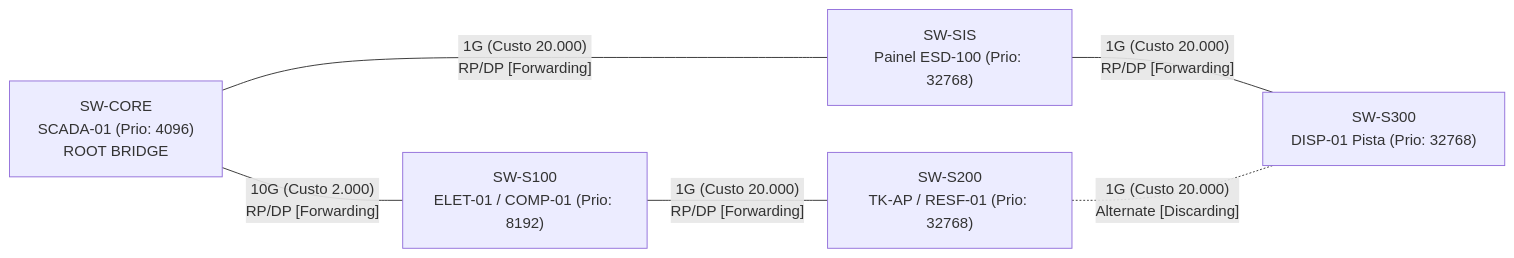
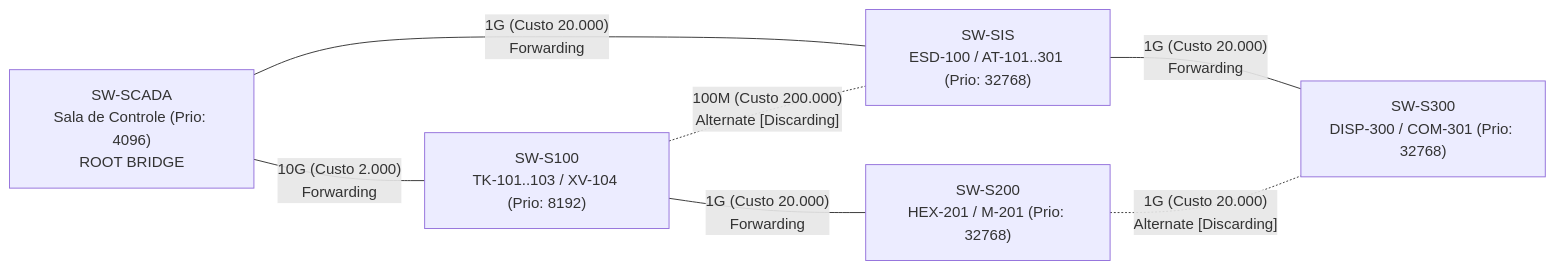
One commit to leovarconrenno/Estacao-de-Reabastecimento-de-Hidrogenio---SCADA-Core changed the diagram in etapa-03-arvores/Aula 23 - Protocolo de Árvore Geradora (STP - RSTP).md. Above: the diagram before and after it, drawn with Mermaid. The commit also changed other lines of this file and 19 other files, not shown here.

````diff
--- a/etapa-03-arvores/Aula 23 - Protocolo de Árvore Geradora (STP - RSTP).md
+++ b/etapa-03-arvores/Aula 23 - Protocolo de Árvore Geradora (STP - RSTP).md
@@ -68,14 +41,15 @@
 ```mermaid
 graph LR
-    CORE["SW-CORE<br/>SCADA-01 (Prio: 4096)<br/>ROOT BRIDGE"]
-    S100["SW-S100<br/>ELET-01 / COMP-01 (Prio: 8192)"]
-    S200["SW-S200<br/>TK-AP / RESF-01 (Prio: 32768)"]
-    S300["SW-S300<br/>DISP-01 Pista (Prio: 32768)"]
-    SIS["SW-SIS<br/>Painel ESD-100 (Prio: 32768)"]
+    CORE["SW-SCADA<br/>Sala de Controle (Prio: 4096)<br/>ROOT BRIDGE"]
+    S100["SW-S100<br/>TK-101..103 / XV-104 (Prio: 8192)"]
+    S200["SW-S200<br/>HEX-201 / M-201 (Prio: 32768)"]
+    S300["SW-S300<br/>DISP-300 / COM-301 (Prio: 32768)"]
+    SIS["SW-SIS<br/>ESD-100 / AT-101..301 (Prio: 32768)"]
 
-    CORE -- "10G (Custo 2.000)<br/>RP/DP [Forwarding]" --- S100
-    CORE -- "1G (Custo 20.000)<br/>RP/DP [Forwarding]" --- SIS
-    S100 -- "1G (Custo 20.000)<br/>RP/DP [Forwarding]" --- S200
-    SIS -- "1G (Custo 20.000)<br/>RP/DP [Forwarding]" --- S300
+    CORE -- "10G (Custo 2.000)<br/>Forwarding" --- S100
+    CORE -- "1G (Custo 20.000)<br/>Forwarding" --- SIS
+    S100 -- "1G (Custo 20.000)<br/>Forwarding" --- S200
+    SIS -- "1G (Custo 20.000)<br/>Forwarding" --- S300
     S200 -.- |"1G (Custo 20.000)<br/>Alternate [Discarding]"| S300
+    S100 -.- |"100M (Custo 200.000)<br/>Alternate [Discarding]"| SIS
 ```
````
